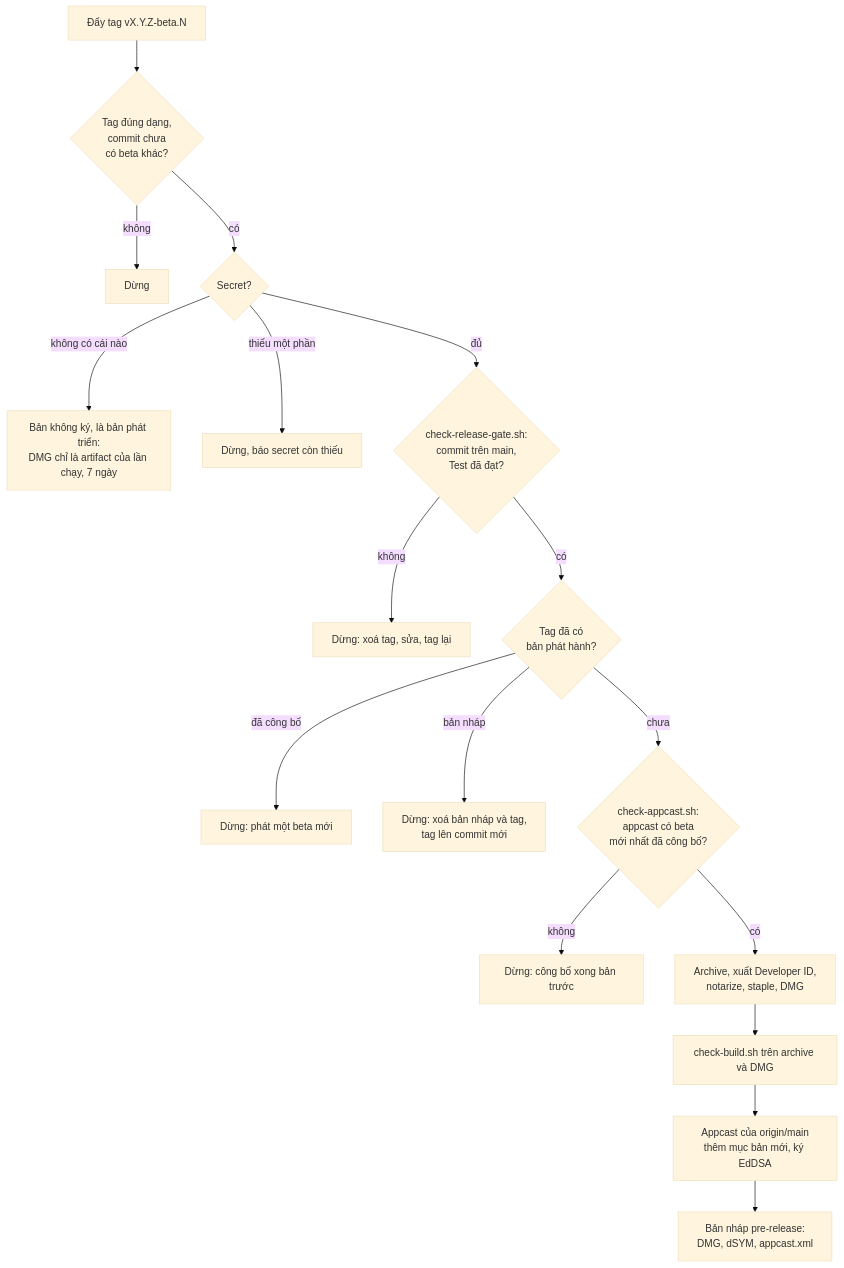
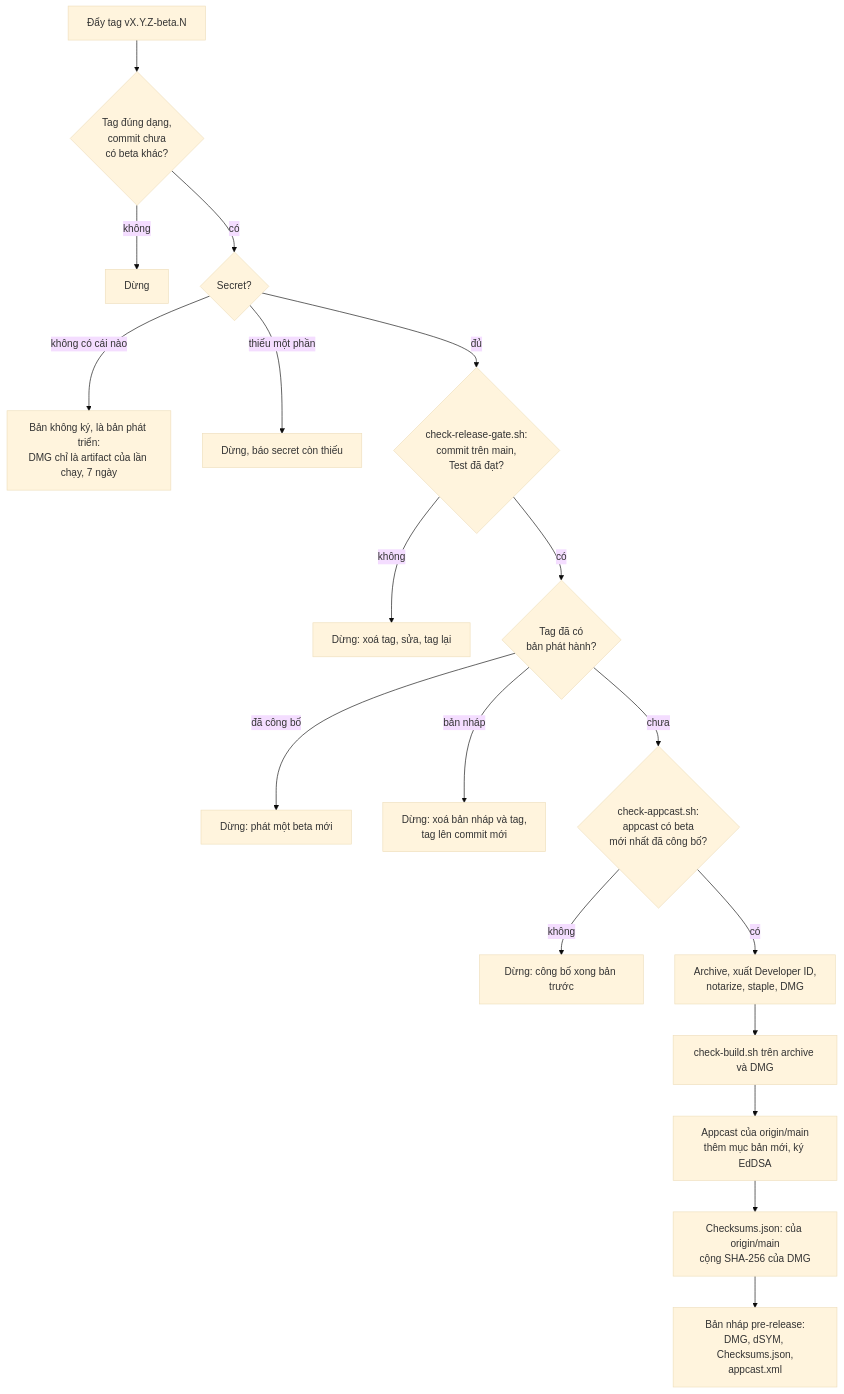
One commit to codefastlabs/dau changed the third of 4 diagrams in docs/Releasing.md. Above: the diagram before and after it, drawn with Mermaid (base theme). The commit also changed other lines of this file and 135 other files, not shown here.

````diff
--- a/docs/Releasing.md
+++ b/docs/Releasing.md
@@ -137,19 +149,20 @@
 ```mermaid
 flowchart TD
   tag["Đẩy tag vX.Y.Z-beta.N"] --> fmt{"Tag đúng dạng,<br>commit chưa<br>có beta khác?"}
   fmt -- không --> stop1["Dừng"]
   fmt -- có --> sec{"Secret?"}
   sec -- "không có cái nào" --> uns["Bản không ký, là bản phát triển:<br>DMG chỉ là artifact của lần chạy, 7 ngày"]
   sec -- "thiếu một phần" --> stop2["Dừng, báo secret còn thiếu"]
   sec -- đủ --> gate{"check-release-gate.sh:<br>commit trên main,<br>Test đã đạt?"}
   gate -- không --> stopg["Dừng: xoá tag, sửa, tag lại"]
   gate -- có --> exist{"Tag đã có<br>bản phát hành?"}
   exist -- "đã công bố" --> stope["Dừng: phát một beta mới"]
   exist -- "bản nháp" --> stopd["Dừng: xoá bản nháp và tag,<br>tag lên commit mới"]
   exist -- chưa --> ac{"check-appcast.sh:<br>appcast có beta<br>mới nhất đã công bố?"}
   ac -- không --> stopa["Dừng: công bố xong bản trước"]
   ac -- có --> b["Archive, xuất Developer ID,<br>notarize, staple, DMG"]
   b --> cb["check-build.sh trên archive và DMG"]
   cb --> appc["Appcast của origin/main<br>thêm mục bản mới, ký EdDSA"]
-  appc --> draft["Bản nháp pre-release:<br>DMG, dSYM, appcast.xml"]
+  appc --> sums["Checksums.json: của origin/main<br>cộng SHA-256 của DMG"]
+  sums --> draft["Bản nháp pre-release:<br>DMG, dSYM, Checksums.json,<br>appcast.xml"]
 ```
````
